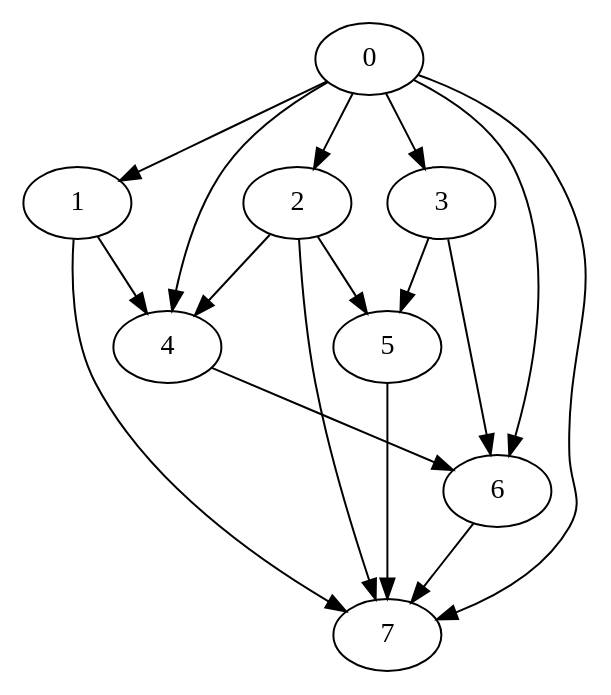
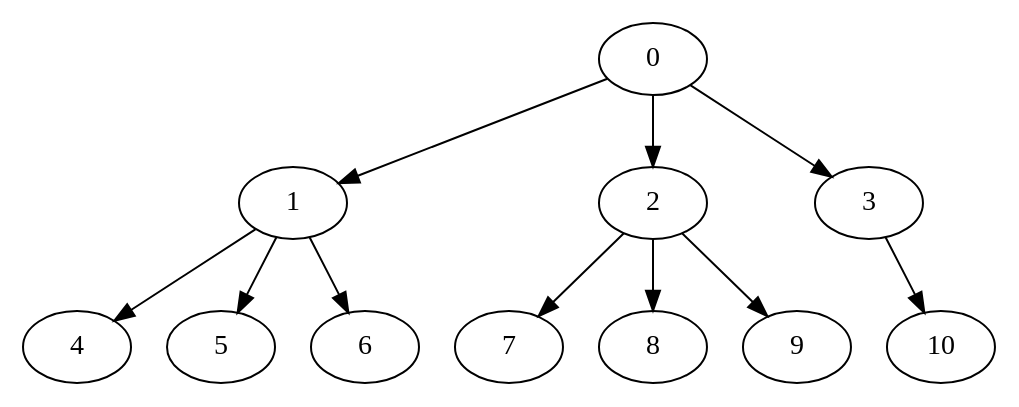
One commit to nateeo/parallel-task-scheduler changed the diagram in INPUT-output.dot. Above: the diagram before and after it, drawn with Graphviz. The commit also changed 2 other files, not shown here.

Commit message:
Update algorithm to handle balanced

```diff
--- a/INPUT-output.dot
+++ b/INPUT-output.dot
@@ -1,26 +1,23 @@
-digraph "outputRandom_Nodes_8_Density_2.0_CCR_0.1_WeightType_Random" {
-	0				[ Weight =35,Start =0,Processor =1];
-	1				[ Weight =88,Start =38,Processor =3];
-	0 -> 1	 [Weight=3];
-	2				[ Weight =176,Start =35,Processor =1];
-	0 -> 2	 [Weight=9];
-	3				[ Weight =159,Start =42,Processor =2];
-	0 -> 3	 [Weight=7];
-	4				[ Weight =176,Start =211,Processor =1];
-	0 -> 4	 [Weight=5];
-	6				[ Weight =141,Start =387,Processor =1];
-	0 -> 6	 [Weight=4];
-	7				[ Weight =53,Start =528,Processor =1];
-	0 -> 7	 [Weight=9];
+digraph "outputOutTree-Balanced-MaxBf-3_Nodes_11_CCR_0.1_WeightType_Random" {
+	0				[ Weight =50,Start =0,Processor =1];
+	1				[ Weight =70,Start =50,Processor =1];
+	0 -> 1	 [Weight=9];
+	2				[ Weight =90,Start =57,Processor =2];
+	0 -> 2	 [Weight=7];
+	3				[ Weight =100,Start =160,Processor =1];
+	0 -> 3	 [Weight=4];
+	4				[ Weight =40,Start =120,Processor =1];
 	1 -> 4	 [Weight=10];
-	1 -> 7	 [Weight=6];
-	2 -> 4	 [Weight=8];
-	5				[ Weight =141,Start =217,Processor =2];
-	2 -> 5	 [Weight=6];
-	2 -> 7	 [Weight=3];
-	3 -> 5	 [Weight=5];
-	3 -> 6	 [Weight=8];
-	4 -> 6	 [Weight=2];
-	5 -> 7	 [Weight=4];
-	6 -> 7	 [Weight=8];
+	5				[ Weight =20,Start =260,Processor =1];
+	1 -> 5	 [Weight=7];
+	6				[ Weight =100,Start =147,Processor =2];
+	1 -> 6	 [Weight=5];
+	7				[ Weight =80,Start =267,Processor =2];
+	2 -> 7	 [Weight=5];
+	8				[ Weight =50,Start =280,Processor =1];
+	2 -> 8	 [Weight=3];
+	9				[ Weight =20,Start =247,Processor =2];
+	2 -> 9	 [Weight=10];
+	10	 [Weight=20];
+	3 -> 10	 [Weight=4];
 }
```
